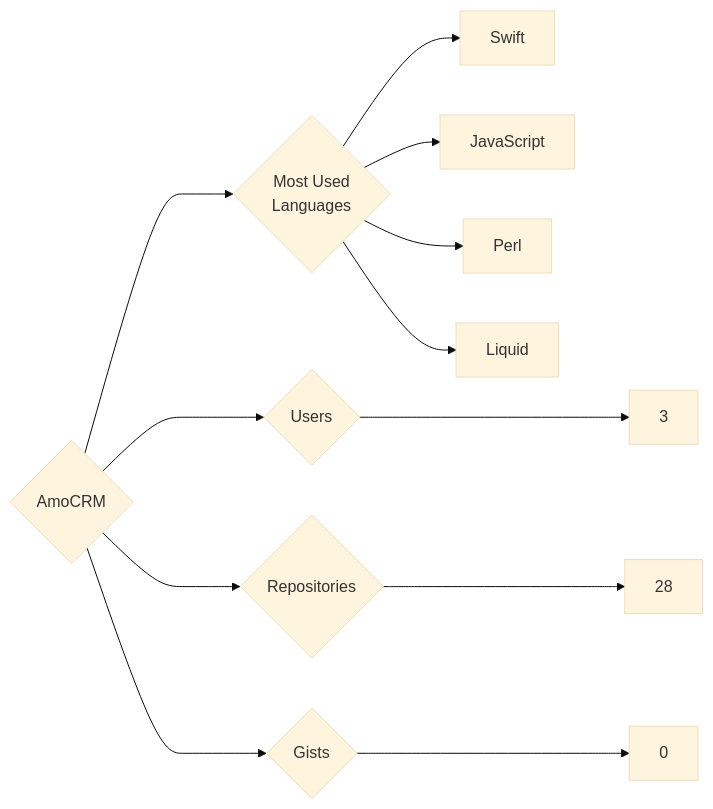
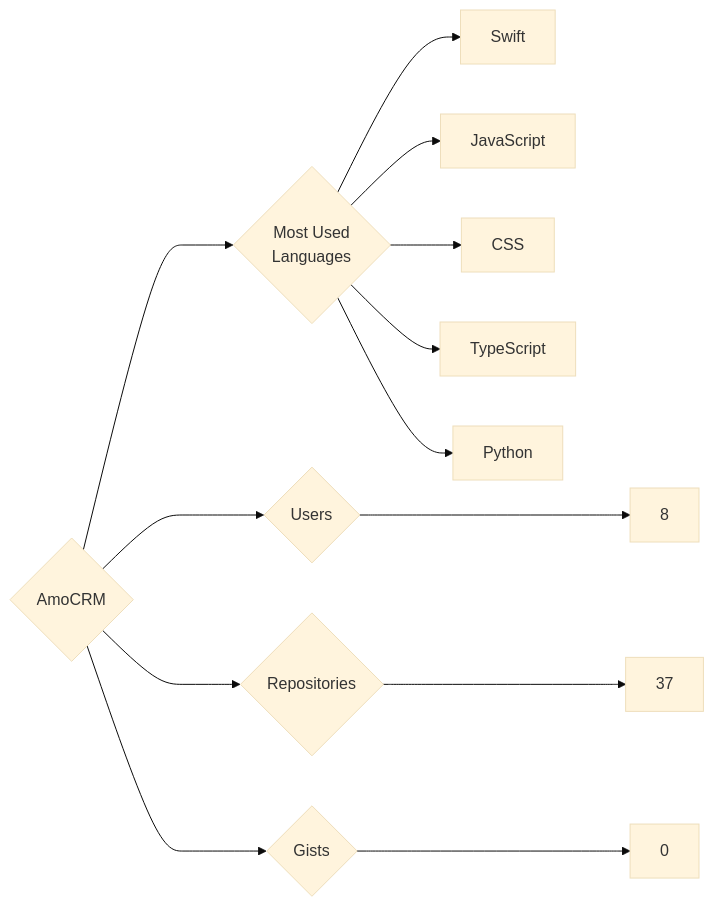
One commit to trickest/insiders changed the diagram in targets/AmoCRM/README.md. Above: the diagram before and after it, drawn with Mermaid (base theme). The commit also changed 984 other files, not shown here.

````diff
--- a/targets/AmoCRM/README.md
+++ b/targets/AmoCRM/README.md
@@ -3,12 +3,13 @@
 ```mermaid
 graph LR
 COMPANY_NAME{AmoCRM}
-COMPANY_NAME ---> U{Users} ---> UN[3]
-COMPANY_NAME ---> R{Repositories} ---> RN[28]
+COMPANY_NAME ---> U{Users} ---> UN[8]
+COMPANY_NAME ---> R{Repositories} ---> RN[37]
 COMPANY_NAME ---> G{Gists} ---> GN[0]
 COMPANY_NAME ---> ML{Most Used<br>Languages}
 ML --> Swift[Swift]
 ML --> JavaScript[JavaScript]
-ML --> Perl[Perl]
-ML --> Liquid[Liquid]
+ML --> CSS[CSS]
+ML --> TypeScript[TypeScript]
+ML --> Python[Python]
 ```
````
